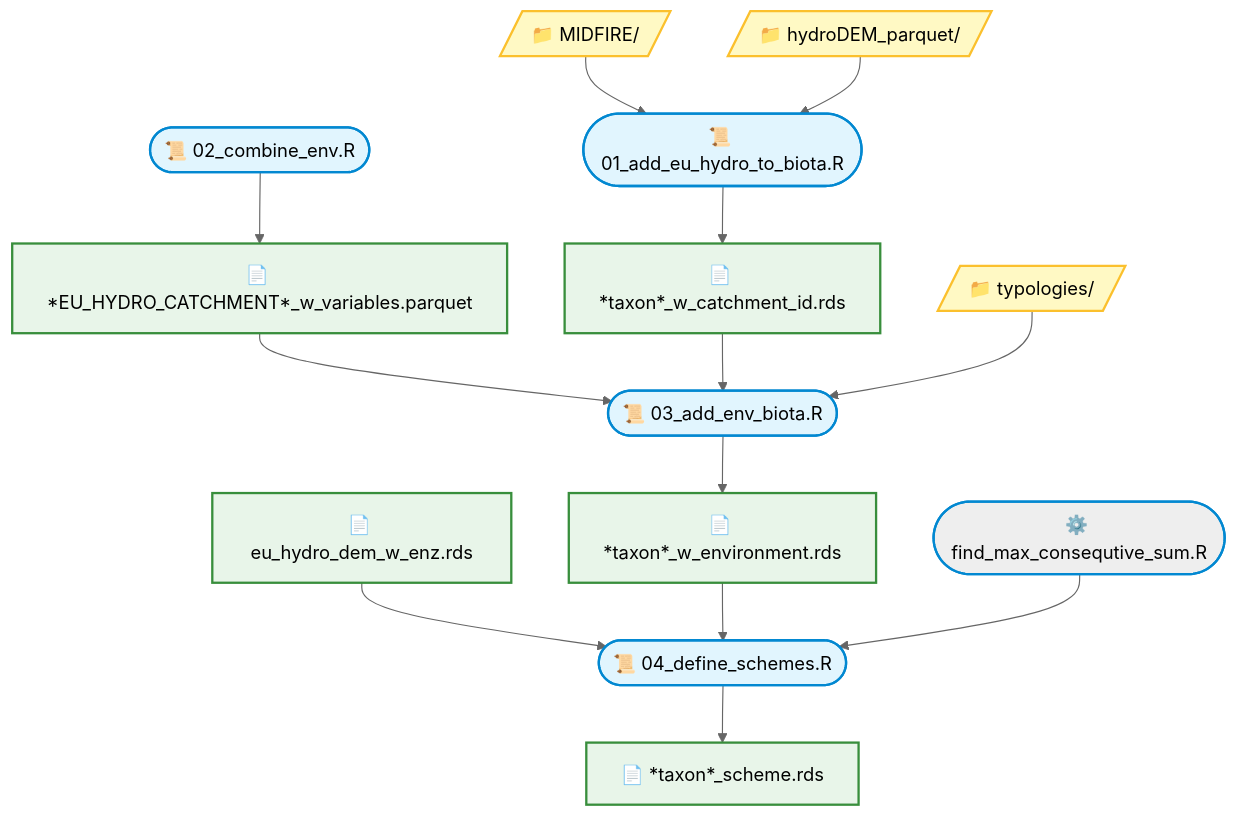
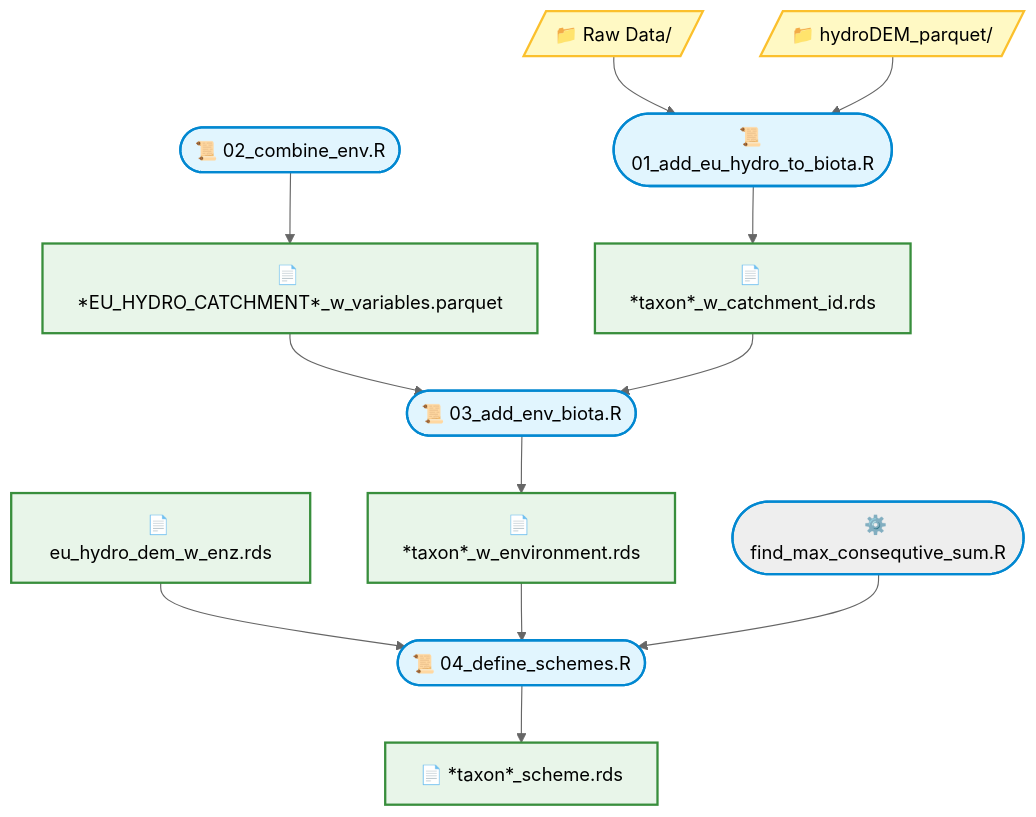
One commit to JonJup/FreshwaterTypologyBenchmarks changed the diagram in docs/01_prepare_data.md. Above: the diagram before and after it, drawn with Mermaid (neutral theme).

````diff
--- a/docs/01_prepare_data.md
+++ b/docs/01_prepare_data.md
@@ -1,47 +1,47 @@
 ``` mermaid
 
 graph TD
 
     %% 1. Define custom colors for each type
 	    classDef script fill:#E1F5FE,stroke:#0288D1,stroke-width:2px,color:#000
 	    classDef helper fill:#A2G5FX,stroke:#0288D1,stroke-width:2px,color:#000
 	    classDef file fill:#E8F5E9,stroke:#388E3C,stroke-width:2px,color:#000
 	    classDef folder fill:#FFF9C4,stroke:#FBC02D,stroke-width:2px,color:#000
 	    
 	%% 2. Define Scripts (Stadium shape)
     S1(["📜 01_add_eu_hydro_to_biota.R"]):::script
     S2(["📜 02_combine_env.R"]):::script
     S3(["📜 03_add_env_biota.R"]):::script
     S4(["📜 04_define_schemes.R"]):::script
     
     %% 3. Define Helpers 
     H1(["⚙️ find_max_consequtive_sum.R"]):::helper
     
 	%% 4. Define Files (Standard rectangle)
     F1["📄 *taxon*_w_catchment_id.rds"]:::file
     F2["📄 *EU_HYDRO_CATCHMENT*_w_variables.parquet"]:::file
     F3["📄 eu_hydro_dem_w_enz.rds"]:::file
     F4["📄 *taxon*_scheme.rds"]:::file
     F5["📄 *taxon*_w_environment.rds"]:::file
 	
     %% 5. Define Folders (Trapezoid shape)
-    D1[/"📁 MIDFIRE/"/]:::folder
+    D1[/"📁 Raw Data/"/]:::folder
 	D2[/"📁 hydroDEM_parquet/"/]:::folder
-	D3[/"📁 typologies/"/]:::folder
+	
     
     D1 --> S1
      D2 --> S1
 F2 --> S3
 F1 --> S3
-D3 --> S3 
+
 F3 --> S4
 F5 --> S4
 
 H1 --> S4
      
      S1 --> F1
      S2 --> F2    
      S3 --> F5
 S4 --> F4     
 
 ```
````
